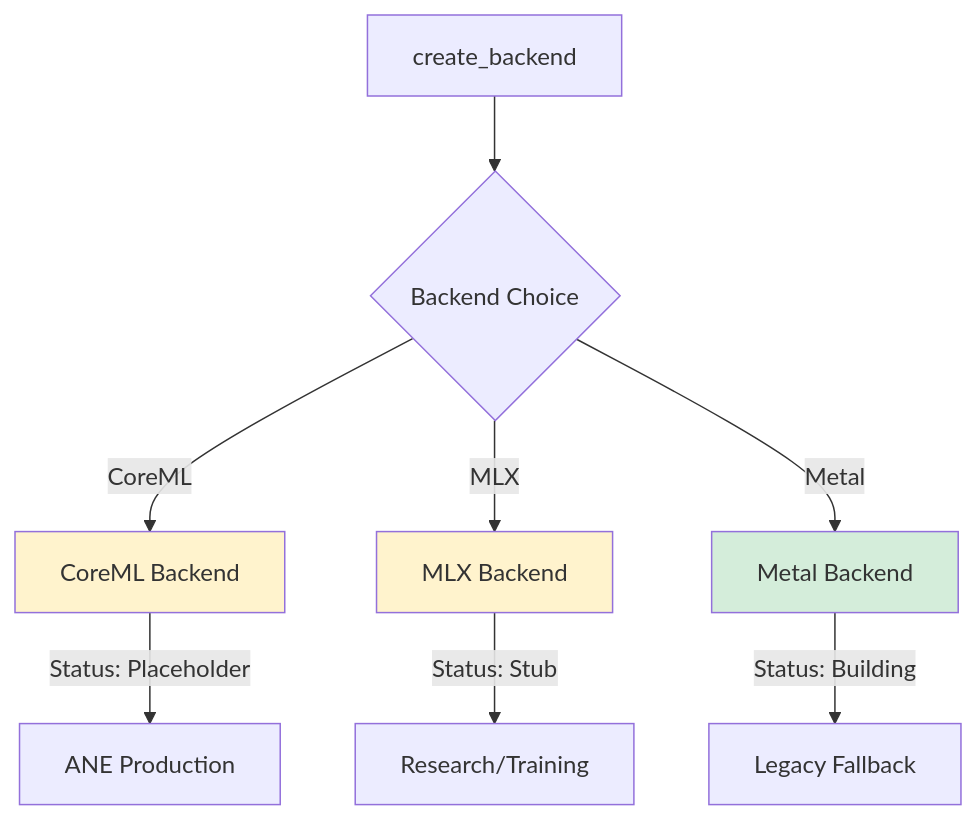
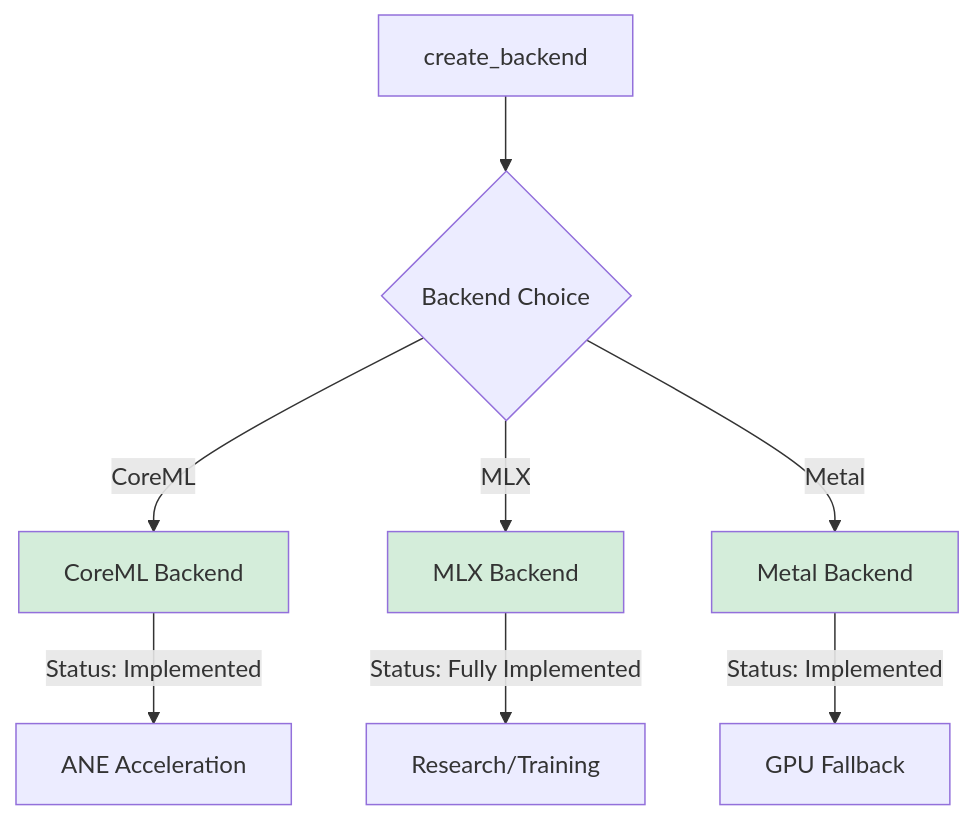
Before and after one commit to rogu3bear/adapter-os: the diagram in docs/MLX_INTEGRATION.md, drawn with Mermaid. The commit also changed other lines of this file and 280 other files, not shown here.

````diff
--- a/docs/MLX_INTEGRATION.md
+++ b/docs/MLX_INTEGRATION.md
@@ -355,14 +551,14 @@
 ```mermaid
 flowchart TD
     A[create_backend] --> B{Backend Choice}
     B -->|CoreML| C[CoreML Backend]
     B -->|MLX| D[MLX Backend]
     B -->|Metal| E[Metal Backend]
-    C -->|Status: Placeholder| F[ANE Production]
-    D -->|Status: Stub| G[Research/Training]
-    E -->|Status: Building| H[Legacy Fallback]
+    C -->|Status: Implemented| F[ANE Acceleration]
+    D -->|Status: Fully Implemented| G[Research/Training]
+    E -->|Status: Implemented| H[GPU Fallback]
 
-    style C fill:#fff3cd
-    style D fill:#fff3cd
+    style C fill:#d4edda
+    style D fill:#d4edda
     style E fill:#d4edda
 ```
````
